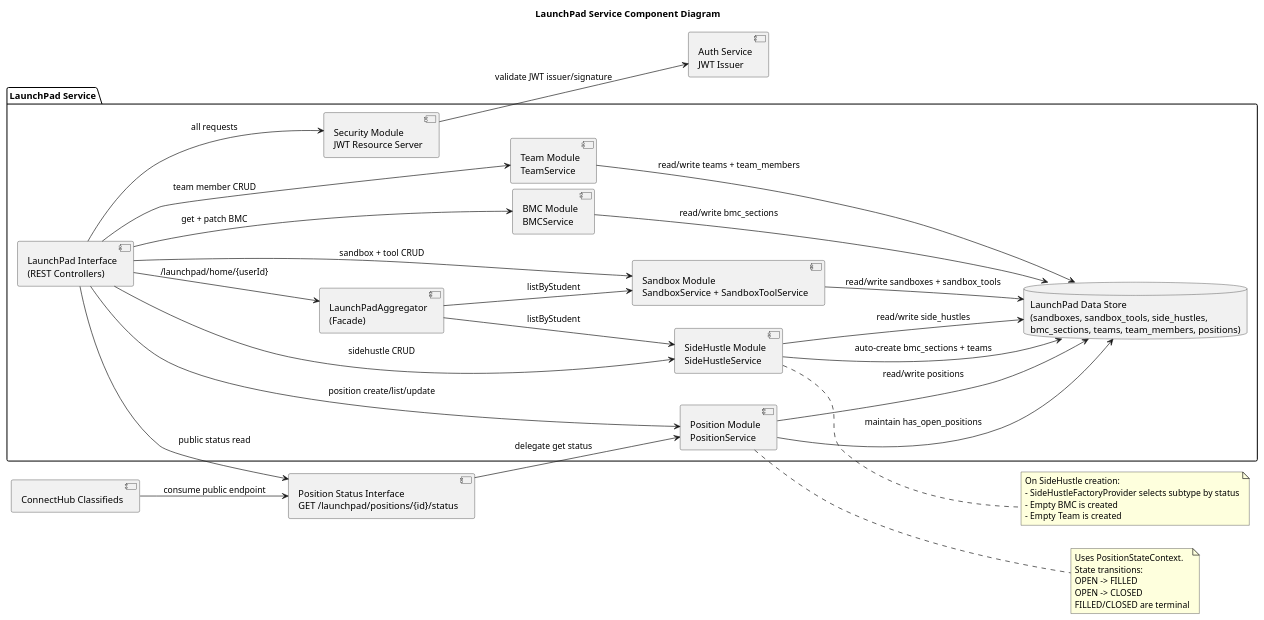
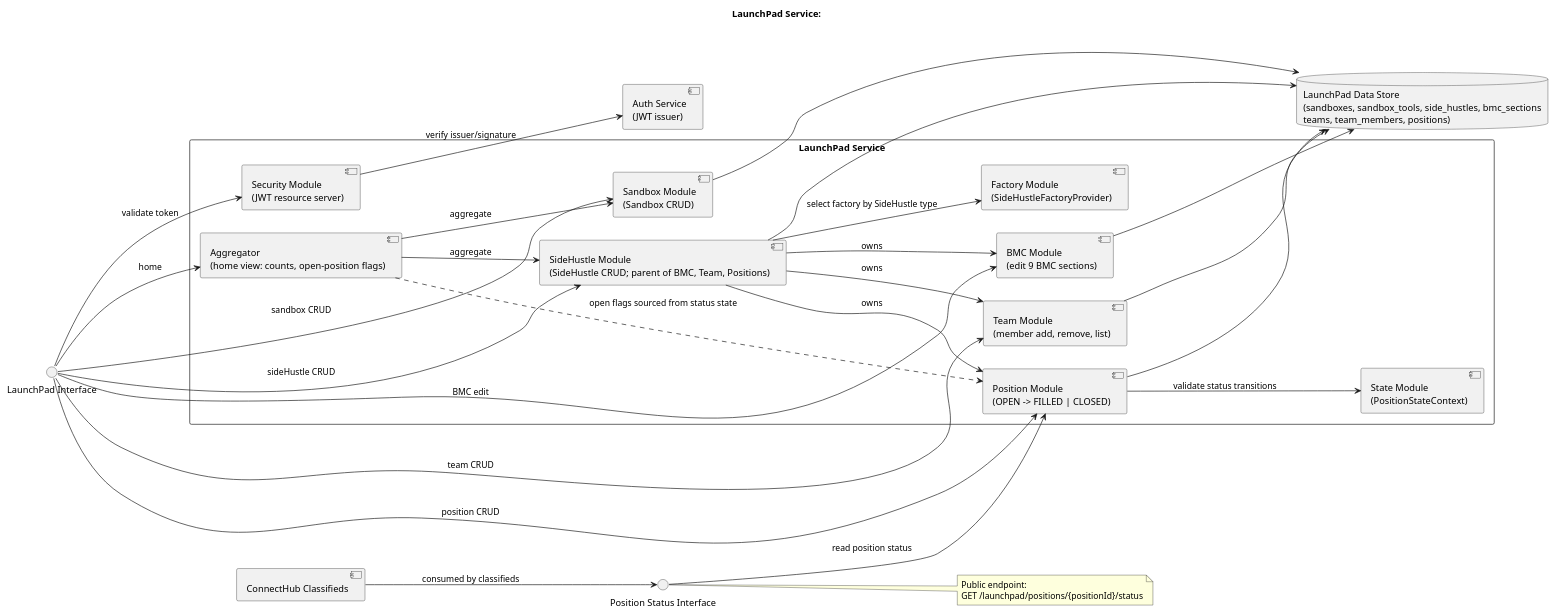
Before and after one commit to anthonytoyco/hatchloom: the diagram in diagrams/component_launchpad.puml, drawn with PlantUML. The commit also changed 6 other files, not shown here.

Commit message:
feat: update API documentation and diagrams for LaunchPad service, including success response codes and domain class diagram

```diff
--- a/diagrams/component_launchpad.puml
+++ b/diagrams/component_launchpad.puml
@@ -1,64 +1,57 @@
-@startuml
-title LaunchPad Service Component Diagram
+@startuml component_launchpad
+title LaunchPad Service:
 left to right direction
 
-package "LaunchPad Service" {
+interface "LaunchPad Interface" as API
 
-  [LaunchPad Interface\n(REST Controllers)] as API
-
-  component "LaunchPadAggregator\n(Facade)" as Aggregator
-  component "Sandbox Module\nSandboxService + SandboxToolService" as SandboxModule
-  component "SideHustle Module\nSideHustleService" as SideHustleModule
-  component "BMC Module\nBMCService" as BMCModule
-  component "Team Module\nTeamService" as TeamModule
-  component "Position Module\nPositionService" as PositionModule
-  component "Security Module\nJWT Resource Server" as SecurityModule
-
-  database "LaunchPad Data Store\n(sandboxes, sandbox_tools, side_hustles,\nbmc_sections, teams, team_members, positions)" as LaunchPadDB
+rectangle "LaunchPad Service" {
+  component "Aggregator\n(home view: counts, open-position flags)" as Aggregator
+  component "Sandbox Module\n(Sandbox CRUD)" as SandboxModule
+  component "SideHustle Module\n(SideHustle CRUD; parent of BMC, Team, Positions)" as SideHustleModule
+  component "Position Module\n(OPEN -> FILLED | CLOSED)" as PositionModule
+  component "BMC Module\n(edit 9 BMC sections)" as BMCModule
+  component "Team Module\n(member add, remove, list)" as TeamModule
+  component "Factory Module\n(SideHustleFactoryProvider)" as FactoryModule
+  component "State Module\n(PositionStateContext)" as StateModule
+  component "Security Module\n(JWT resource server)" as SecurityModule
 }
 
-component "Position Status Interface\nGET /launchpad/positions/{id}/status" as PositionStatusInterface
+database "LaunchPad Data Store\n(sandboxes, sandbox_tools, side_hustles, bmc_sections\nteams, team_members, positions)" as LaunchPadDB
+interface "Position Status Interface" as PositionStatusInterface
+component "Auth Service\n(JWT issuer)" as AuthService
 component "ConnectHub Classifieds" as ConnectHub
-component "Auth Service\nJWT Issuer" as AuthService
 
-API --> SecurityModule : all requests
-SecurityModule --> AuthService : validate JWT issuer/signature
+API --> SecurityModule : validate token
+SecurityModule --> AuthService : verify issuer/signature
 
-API --> Aggregator : /launchpad/home/{userId}
-API --> SandboxModule : sandbox + tool CRUD
-API --> SideHustleModule : sidehustle CRUD
-API --> BMCModule : get + patch BMC
-API --> TeamModule : team member CRUD
-API --> PositionModule : position create/list/update
-API --> PositionStatusInterface : public status read
+API --> Aggregator : home
+API --> SandboxModule : sandbox CRUD
+API --> SideHustleModule : sideHustle CRUD
+API --> PositionModule : position CRUD
+API --> BMCModule : BMC edit
+API --> TeamModule : team CRUD
 
-Aggregator --> SandboxModule : listByStudent
-Aggregator --> SideHustleModule : listByStudent
+Aggregator --> SandboxModule : aggregate
+Aggregator --> SideHustleModule : aggregate
+Aggregator ..> PositionModule : open flags sourced from status state
+SideHustleModule --> PositionModule : owns
+SideHustleModule --> BMCModule : owns
+SideHustleModule --> TeamModule : owns
+SideHustleModule --> FactoryModule : select factory by SideHustle type
+PositionModule --> StateModule : validate status transitions
 
-SideHustleModule --> LaunchPadDB : read/write side_hustles
-SideHustleModule --> LaunchPadDB : auto-create bmc_sections + teams
-SandboxModule --> LaunchPadDB : read/write sandboxes + sandbox_tools
-BMCModule --> LaunchPadDB : read/write bmc_sections
-TeamModule --> LaunchPadDB : read/write teams + team_members
-PositionModule --> LaunchPadDB : read/write positions
-PositionModule --> LaunchPadDB : maintain has_open_positions
+SandboxModule --> LaunchPadDB
+SideHustleModule --> LaunchPadDB
+PositionModule --> LaunchPadDB
+BMCModule --> LaunchPadDB
+TeamModule --> LaunchPadDB
 
-PositionStatusInterface --> PositionModule : delegate get status
-ConnectHub --> PositionStatusInterface : consume public endpoint
+PositionStatusInterface --> PositionModule : read position status
+ConnectHub --> PositionStatusInterface : consumed by classifieds
 
-note right of SideHustleModule
-  On SideHustle creation:
-  - SideHustleFactoryProvider selects subtype by status
-  - Empty BMC is created
-  - Empty Team is created
-end note
-
-note right of PositionModule
-  Uses PositionStateContext.
-  State transitions:
-  OPEN -> FILLED
-  OPEN -> CLOSED
-  FILLED/CLOSED are terminal
+note right of PositionStatusInterface
+Public endpoint:
+GET /launchpad/positions/{positionId}/status
 end note
 
 @enduml
```
